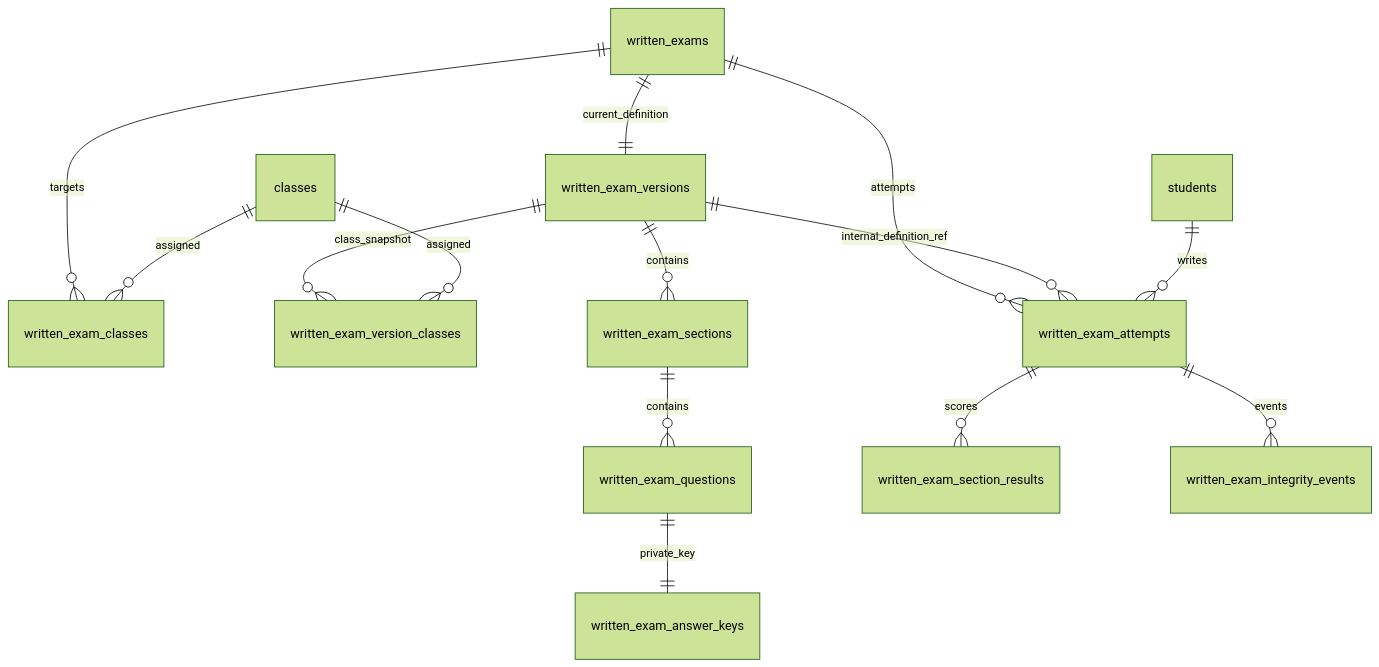
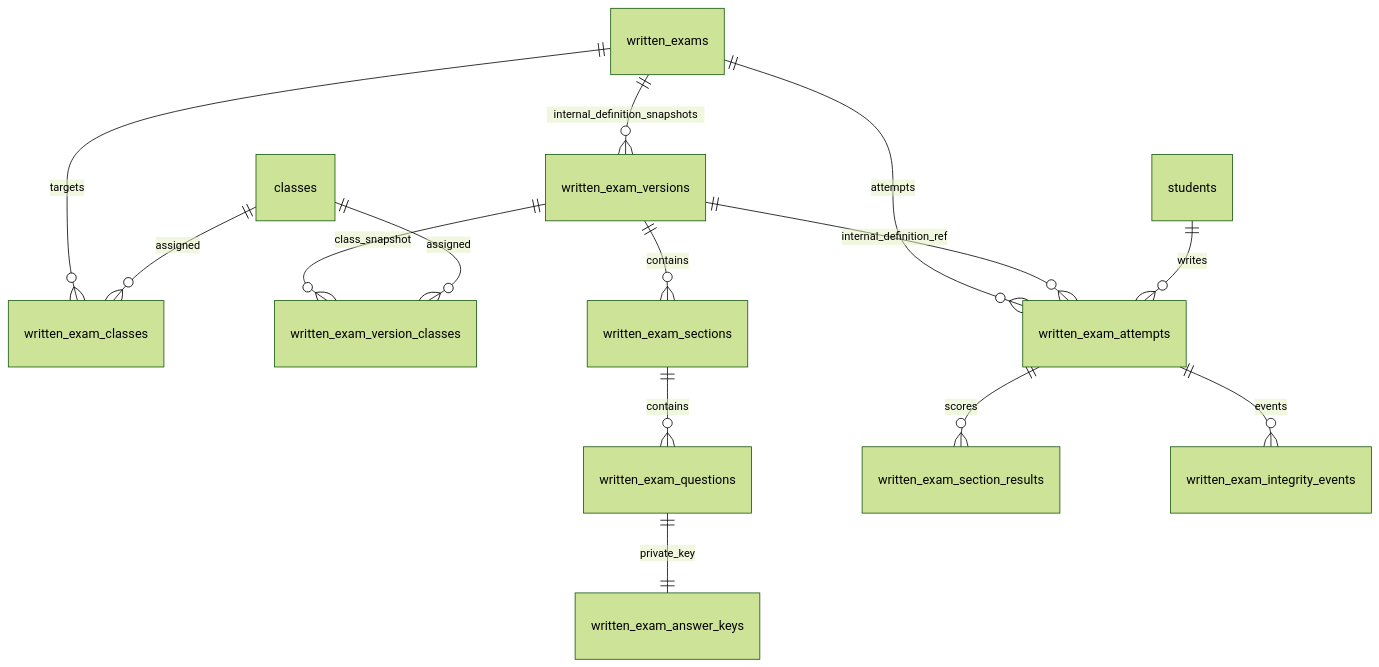
Before and after one commit to AinaPercky/esame-italiano: the diagram in docs/written-exams-database.md, drawn with Mermaid (forest theme). The commit also changed other lines of this file, not shown here.

Commit message:
docs: clarify internal definition history and one active exam

````diff
--- a/docs/written-exams-database.md
+++ b/docs/written-exams-database.md
@@ -7,16 +7,16 @@
 ```mermaid
 erDiagram
-  written_exams ||--|| written_exam_versions : current_definition
+  written_exams ||--o{ written_exam_versions : internal_definition_snapshots
   written_exams ||--o{ written_exam_classes : targets
   classes ||--o{ written_exam_classes : assigned
   written_exam_versions ||--o{ written_exam_version_classes : class_snapshot
   classes ||--o{ written_exam_version_classes : assigned
   written_exam_versions ||--o{ written_exam_sections : contains
   written_exam_sections ||--o{ written_exam_questions : contains
   written_exam_questions ||--|| written_exam_answer_keys : private_key
   written_exams ||--o{ written_exam_attempts : attempts
   written_exam_versions ||--o{ written_exam_attempts : internal_definition_ref
   students ||--o{ written_exam_attempts : writes
   written_exam_attempts ||--o{ written_exam_section_results : scores
   written_exam_attempts ||--o{ written_exam_integrity_events : events
 ```
````
